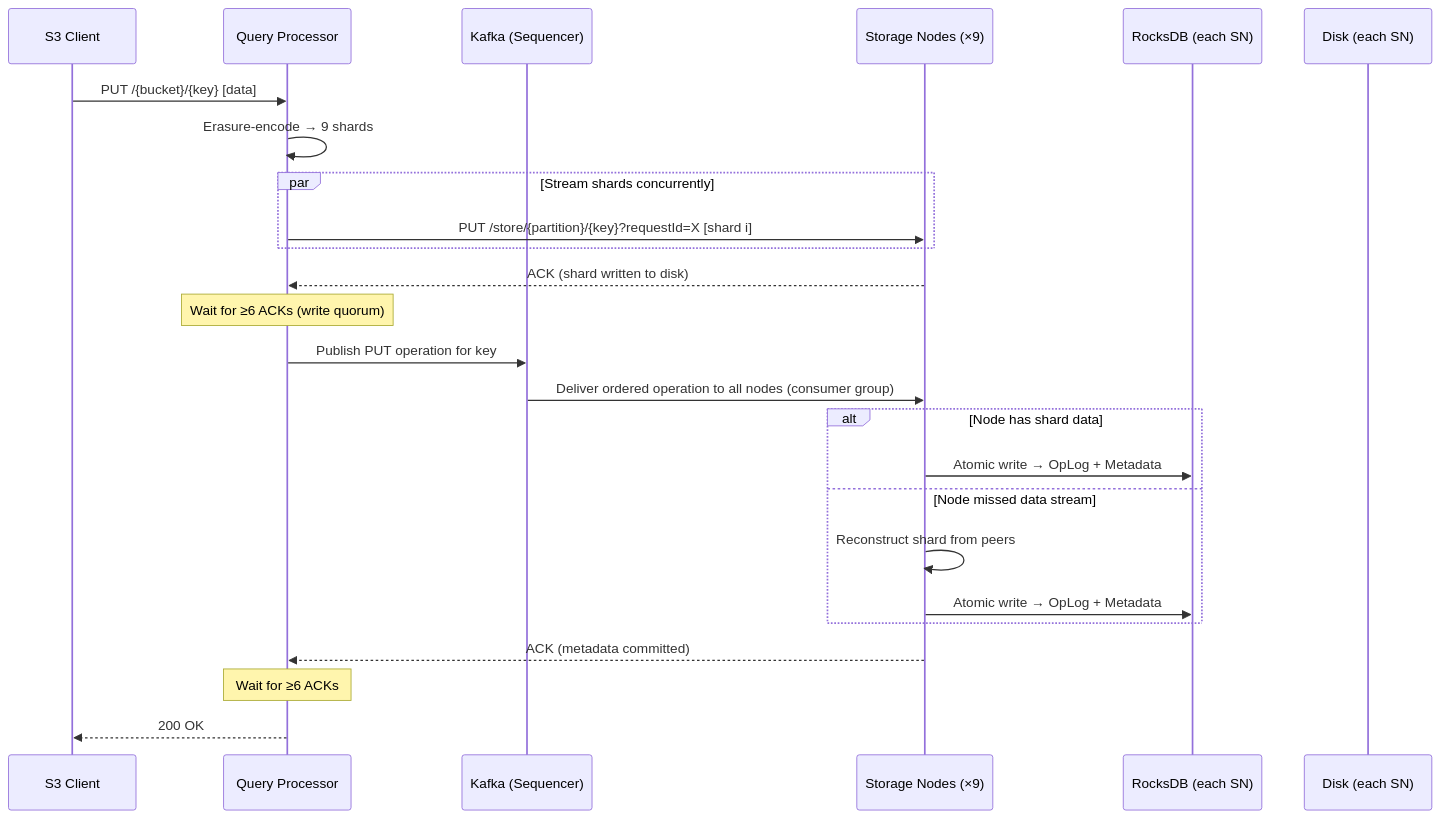
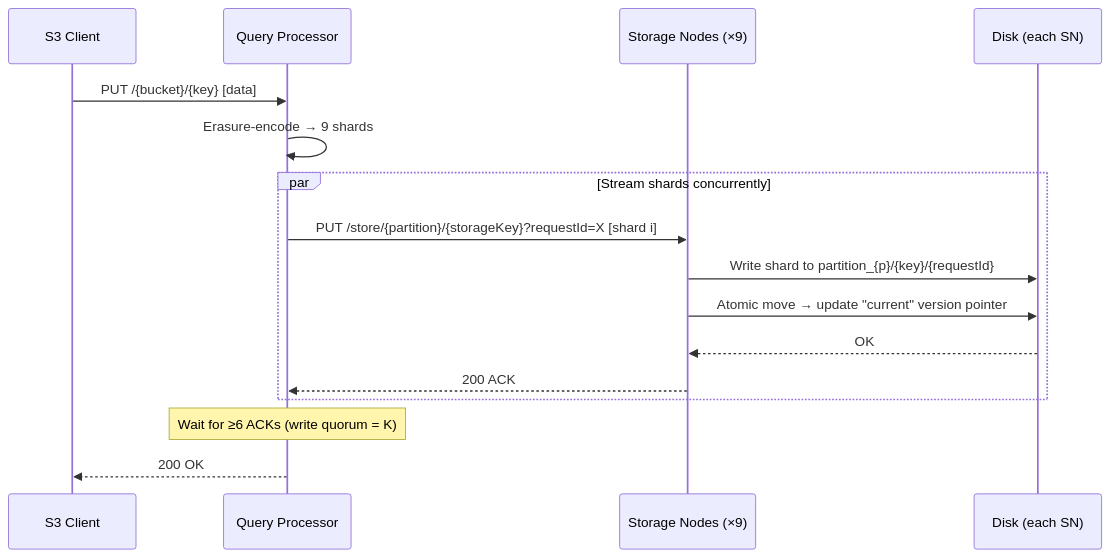
One commit to S26-Distributed-Capstone/Koop changed the second of 16 diagrams in docs/workflow.md. Above: the diagram before and after it, drawn with Mermaid. The commit also changed other lines of this file, not shown here.

Commit message:
Update workflow documentation to reflect Kafka/pub/sub integration and clarify multipart upload processes (AI)

````diff
--- a/docs/workflow.md
+++ b/docs/workflow.md
@@ -75,31 +71,19 @@
 ```mermaid
 sequenceDiagram
     participant C as S3 Client
     participant QP as Query Processor
-    participant Kafka as Kafka (Sequencer)
     participant SN as Storage Nodes (×9)
-    participant RDB as RocksDB (each SN)
     participant Disk as Disk (each SN)
 
     C->>QP: PUT /{bucket}/{key} [data]
     QP->>QP: Erasure-encode → 9 shards
     par Stream shards concurrently
-        QP->>SN: PUT /store/{partition}/{key}?requestId=X [shard i]
+        QP->>SN: PUT /store/{partition}/{storageKey}?requestId=X [shard i]
+        SN->>Disk: Write shard to partition_{p}/{key}/{requestId}
+        SN->>Disk: Atomic move → update "current" version pointer
+        Disk-->>SN: OK
+        SN-->>QP: 200 ACK
     end
-    SN-->>QP: ACK (shard written to disk)
-    Note over QP: Wait for ≥6 ACKs (write quorum)
-
-    QP->>Kafka: Publish PUT operation for key
-    Kafka->>SN: Deliver ordered operation to all nodes (consumer group)
-
-    alt Node has shard data
-        SN->>RDB: Atomic write → OpLog + Metadata
-    else Node missed data stream
-        SN->>SN: Reconstruct shard from peers
-        SN->>RDB: Atomic write → OpLog + Metadata
-    end
-
-    SN-->>QP: ACK (metadata committed)
-    Note over QP: Wait for ≥6 ACKs
+    Note over QP: Wait for ≥6 ACKs (write quorum = K)
     QP-->>C: 200 OK
 ```
````
